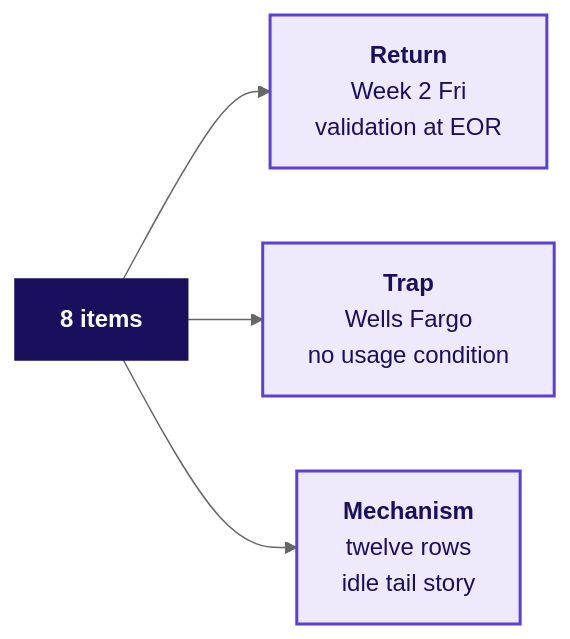
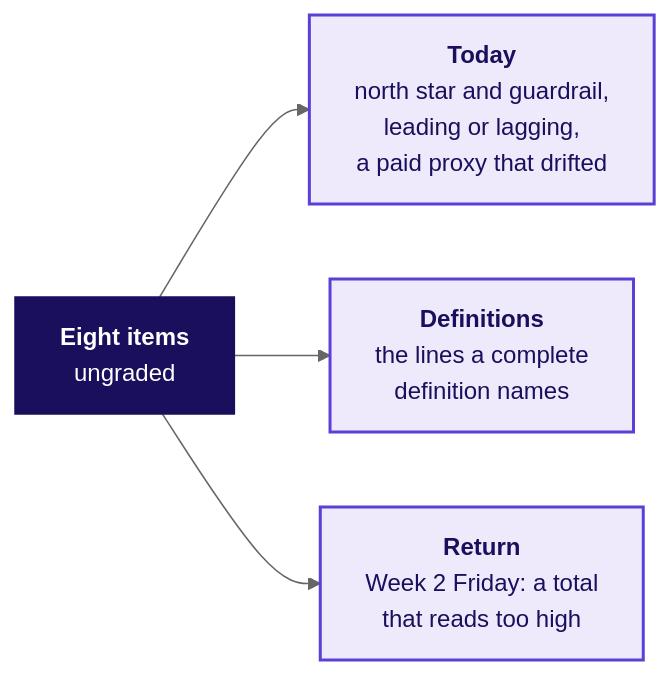
One commit to fde-academy-lab/c2-content-factory changed the third of 3 diagrams in content/W04/D1/slides/C2_W04_D01_half2_STUDENT.md. Above: the diagram before and after it, drawn with Mermaid (neutral theme). The commit also changed other lines of this file and 24 other files, not shown here.

````diff
--- a/content/W04/D1/slides/C2_W04_D01_half2_STUDENT.md
+++ b/content/W04/D1/slides/C2_W04_D01_half2_STUDENT.md
@@ -149,10 +227,10 @@
 ```mermaid
 flowchart LR
-    I["<b>8 items</b>"] --> C["<b>Return</b><br/>Week 2 Fri<br/>validation at EOR"]
-    I --> N["<b>Trap</b><br/>Wells Fargo<br/>no usage condition"]
-    I --> M["<b>Mechanism</b><br/>twelve rows<br/>idle tail story"]
+    K["<b>Eight items</b><br/>ungraded"] --> A["<b>Today</b><br/>north star and guardrail,<br/>leading or lagging,<br/>a paid proxy that drifted"]
+    K --> B["<b>Definitions</b><br/>the lines a complete<br/>definition names"]
+    K --> C["<b>Return</b><br/>Week 2 Friday: a total<br/>that reads too high"]
     classDef lit fill:#1A0F5C,stroke:#1A0F5C,color:#FFFFFF
     classDef known fill:#EEEAFB,stroke:#5B3FD6,color:#1A0F5C,stroke-width:2px
-    class I lit
-    class C,N,M known
+    class K lit
+    class A,B,C known
 ```
````
